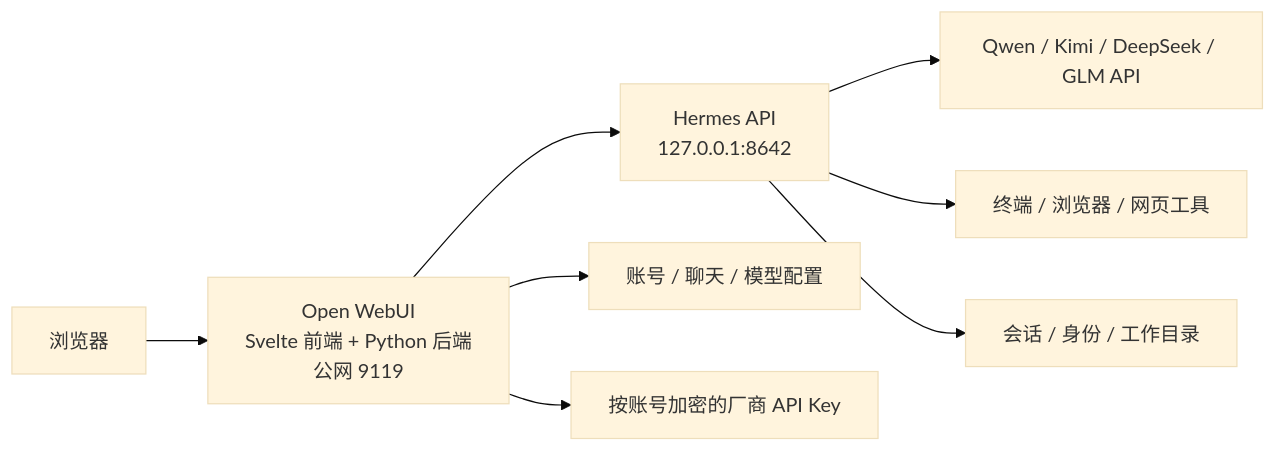
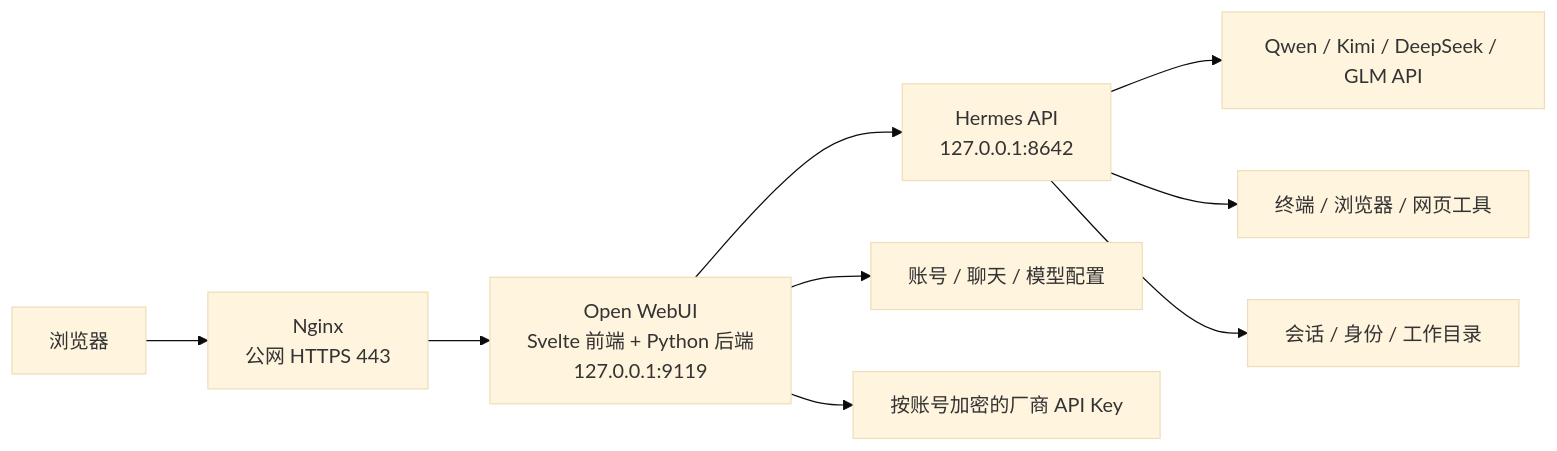
Before and after one commit to AcademicResearchAgent/Academic-Research-Hub: the diagram in docs/development/ARCHITECTURE.md, drawn with Mermaid (base theme). The commit also changed 10 other files, not shown here.

````diff
--- a/docs/development/ARCHITECTURE.md
+++ b/docs/development/ARCHITECTURE.md
@@ -5,10 +5,11 @@
 ```mermaid
 flowchart LR
-    Browser[浏览器] --> UI[Open WebUI\nSvelte 前端 + Python 后端\n公网 9119]
+    Browser[浏览器] --> TLS[Nginx\n公网 HTTPS 443]
+    TLS --> UI[Open WebUI\nSvelte 前端 + Python 后端\n127.0.0.1:9119]
     UI --> Agent[Hermes API\n127.0.0.1:8642]
     Agent --> LLM[Qwen / Kimi / DeepSeek / GLM API]
     Agent --> Tools[终端 / 浏览器 / 网页工具]
     Agent --> State[会话 / 身份 / 工作目录]
     UI --> DB[账号 / 聊天 / 模型配置]
     UI --> Keys[按账号加密的厂商 API Key]
 ```
````
